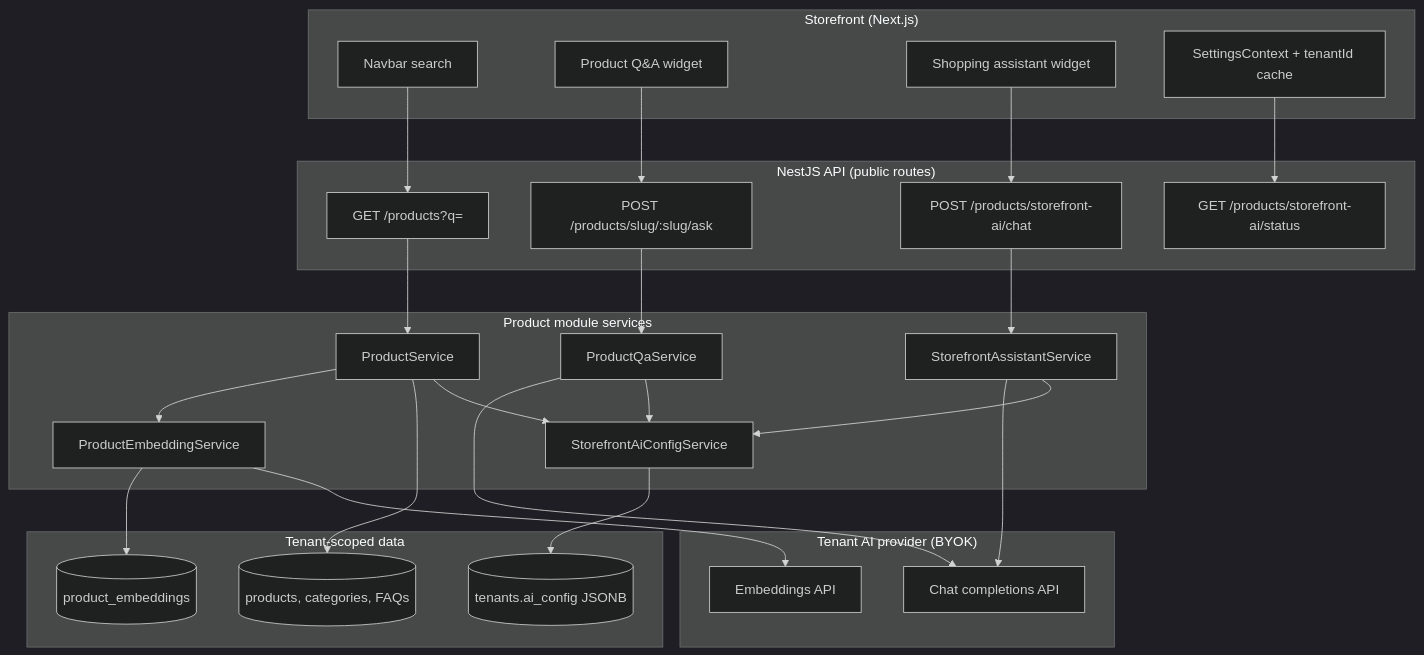
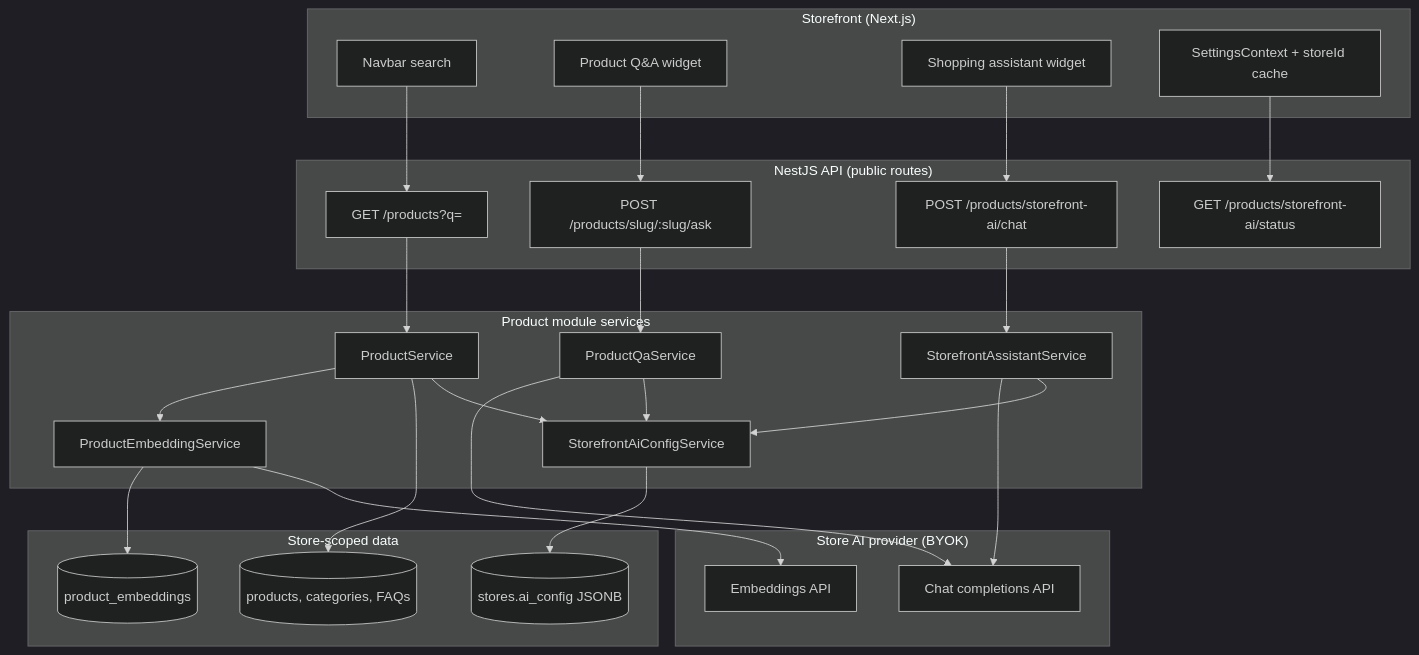
One commit to gowtamkumar/eCommerce-multi-store-saas-erp changed the first of 5 diagrams in doc/manuals/12_STOREFRONT_AI_GUIDE.md. Above: the diagram before and after it, drawn with Mermaid (dark theme). The commit also changed other lines of this file and 764 other files, not shown here.

````diff
--- a/doc/manuals/12_STOREFRONT_AI_GUIDE.md
+++ b/doc/manuals/12_STOREFRONT_AI_GUIDE.md
@@ -45,55 +45,55 @@
 ```mermaid
 flowchart TB
   subgraph Storefront["Storefront (Next.js)"]
     NAV[Navbar search]
     PDP[Product Q&A widget]
     ASST[Shopping assistant widget]
-    CTX[SettingsContext + tenantId cache]
+    CTX[SettingsContext + storeId cache]
   end
 
   subgraph API["NestJS API (public routes)"]
     LIST["GET /products?q="]
     STATUS["GET /products/storefront-ai/status"]
     CHAT["POST /products/storefront-ai/chat"]
     ASK["POST /products/slug/:slug/ask"]
   end
 
   subgraph Services["Product module services"]
     PS[ProductService]
     EMB[ProductEmbeddingService]
     QA[ProductQaService]
     SA[StorefrontAssistantService]
     CFG[StorefrontAiConfigService]
   end
 
-  subgraph Data["Tenant-scoped data"]
+  subgraph Data["Store-scoped data"]
     CAT[(products, categories, FAQs)]
     VEC[(product_embeddings)]
-    AICFG[(tenants.ai_config JSONB)]
+    AICFG[(stores.ai_config JSONB)]
   end
 
-  subgraph Provider["Tenant AI provider (BYOK)"]
+  subgraph Provider["Store AI provider (BYOK)"]
     LLM[Chat completions API]
     EMBAPI[Embeddings API]
   end
 
   NAV --> LIST
   PDP --> ASK
   ASST --> CHAT
   CTX --> STATUS
 
   LIST --> PS
   PS --> EMB
   ASK --> QA
   CHAT --> SA
 
   PS --> CAT
   EMB --> VEC
   EMB --> EMBAPI
   QA --> LLM
   SA --> LLM
   CFG --> AICFG
   PS --> CFG
   QA --> CFG
   SA --> CFG
 ```
````
